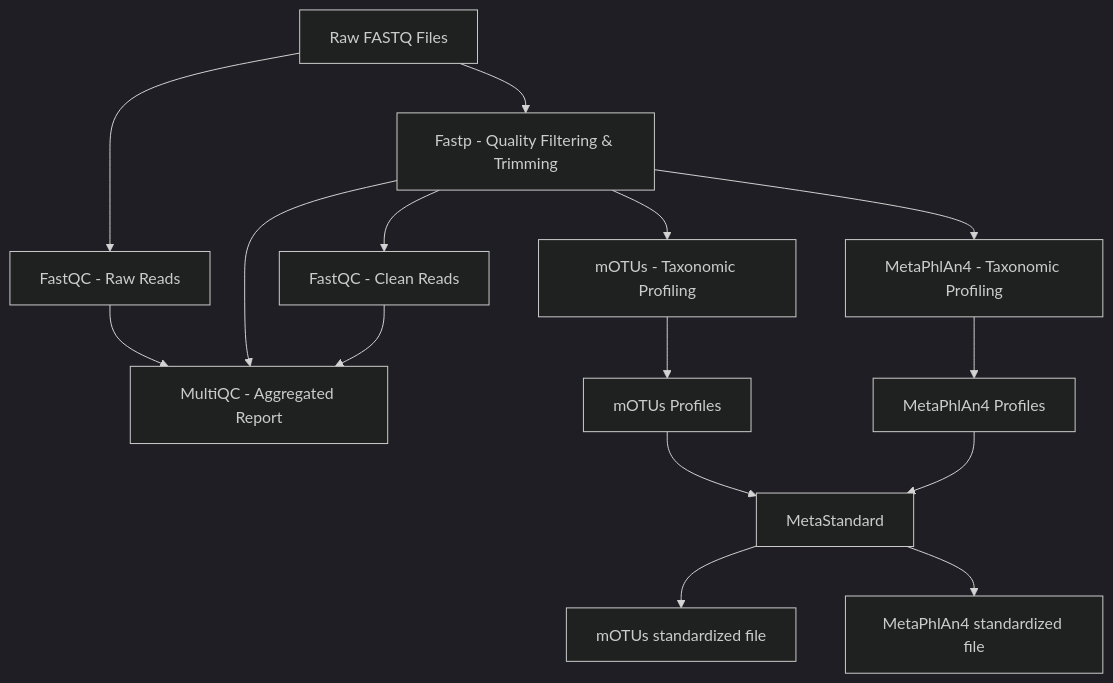
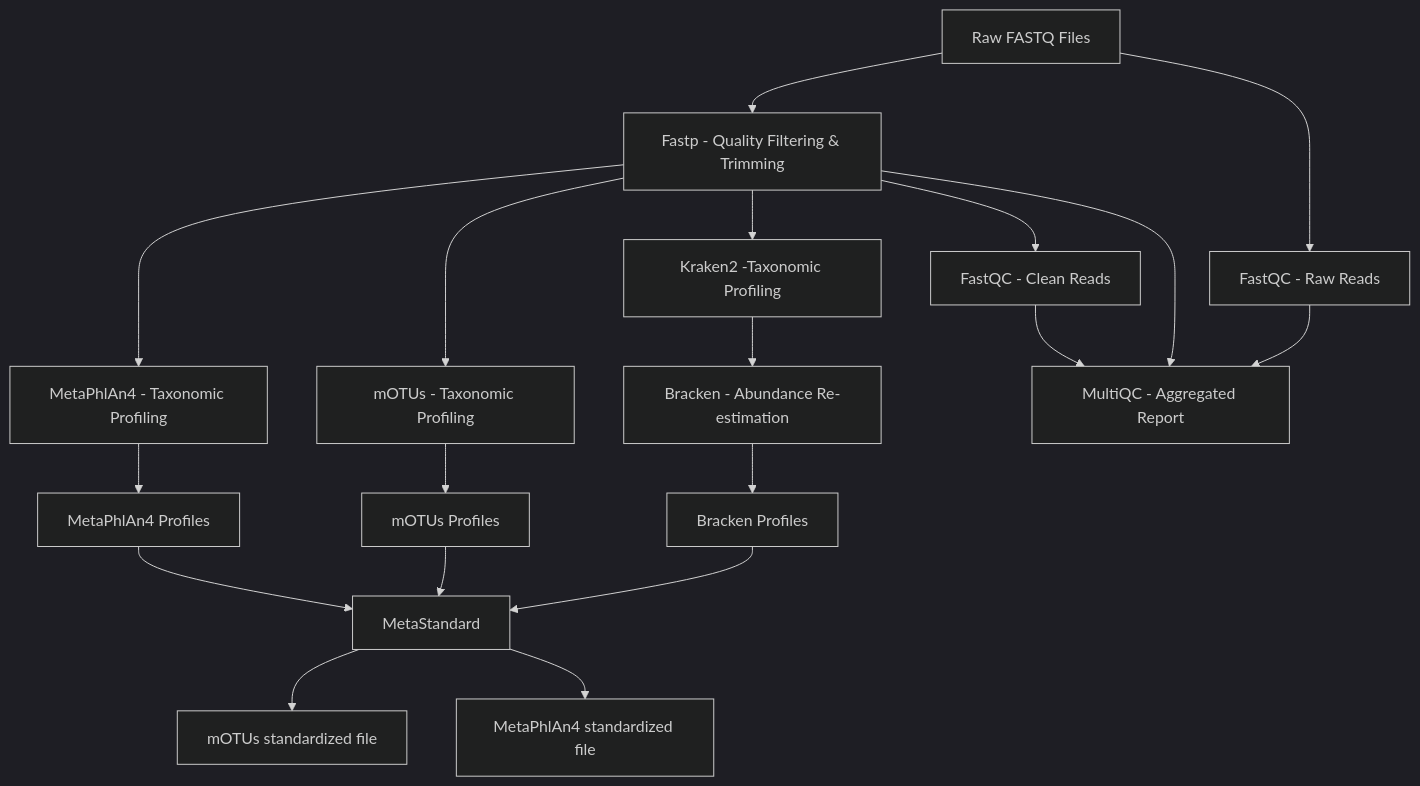
Before and after one commit to aponsero/nf-Infogut-WGS: the diagram in README.md, drawn with Mermaid (dark theme). The commit also changed other lines of this file and 1 other file, not shown here.

````diff
--- a/README.md
+++ b/README.md
@@ -23,17 +23,21 @@
 ```mermaid
 graph TD
     A[Raw FASTQ Files] --> B[FastQC - Raw Reads]
     A --> C[Fastp - Quality Filtering & Trimming]
     C --> D[FastQC - Clean Reads]
     C --> E[MetaPhlAn4 - Taxonomic Profiling]
     C --> F[mOTUs - Taxonomic Profiling]
+    C --> K[Kraken2 -Taxonomic Profiling]
+    K --> L[Bracken - Abundance Re-estimation]
+    L --> M[Bracken Profiles]
     B --> G[MultiQC - Aggregated Report]
     C --> G
     D --> G
     E --> H[MetaPhlAn4 Profiles]
     F --> I[mOTUs Profiles]
+    M --> X[MetaStandard]
     I --> X[MetaStandard]
     H --> X[MetaStandard]
     X --> Y[mOTUs standardized file]
     X --> Z[MetaPhlAn4 standardized file]
 ```
````
